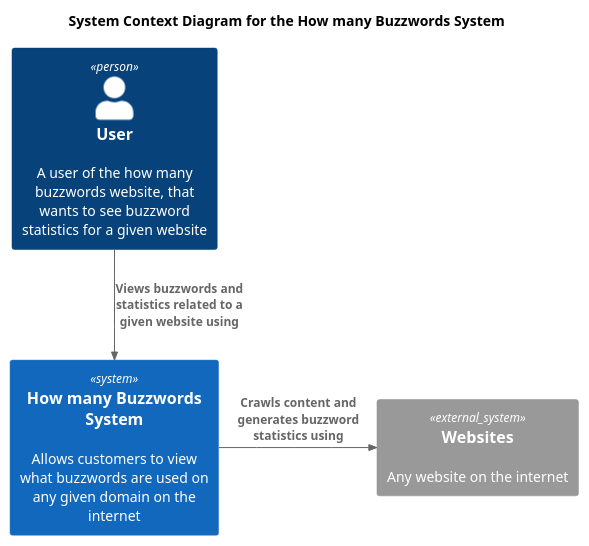
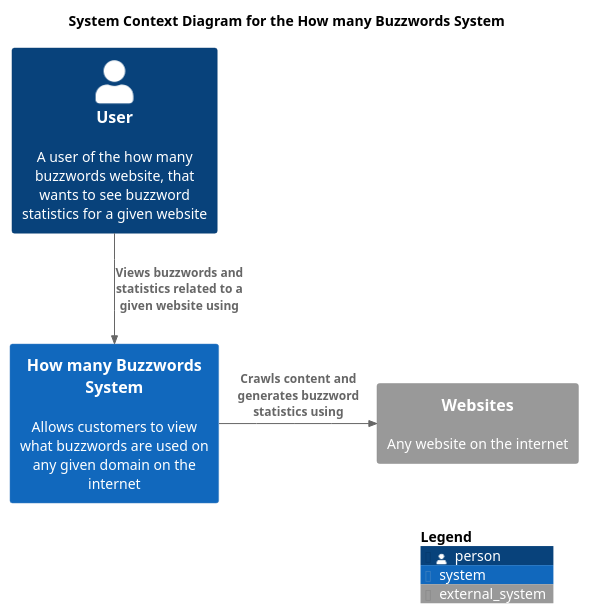
Before and after one commit to ashley-evans/how-many-buzzwords: the diagram in docs/c4-diagrams/buzzword-c4-context.puml, drawn with PlantUML. The commit also changed 1 other file, not shown here.

```diff
--- a/docs/c4-diagrams/buzzword-c4-context.puml
+++ b/docs/c4-diagrams/buzzword-c4-context.puml
@@ -1,14 +1,16 @@
 @startuml Buzzword C4 Context Diagram
 
 !include https://raw.githubusercontent.com/plantuml-stdlib/C4-PlantUML/master/C4_Context.puml
 
 title System Context Diagram for the How many Buzzwords System
 
 Person(user, "User", "A user of the how many buzzwords website, that wants to see buzzword statistics for a given website")
 System(buzzword, "How many Buzzwords System", "Allows customers to view what buzzwords are used on any given domain on the internet")
 System_Ext(websites, "Websites", "Any website on the internet")
 
 Rel(user, buzzword, "Views buzzwords and statistics related to a given website using")
 Rel_R(buzzword, websites, "Crawls content and generates buzzword statistics using")
 
+SHOW_LEGEND()
+
 @enduml
```
